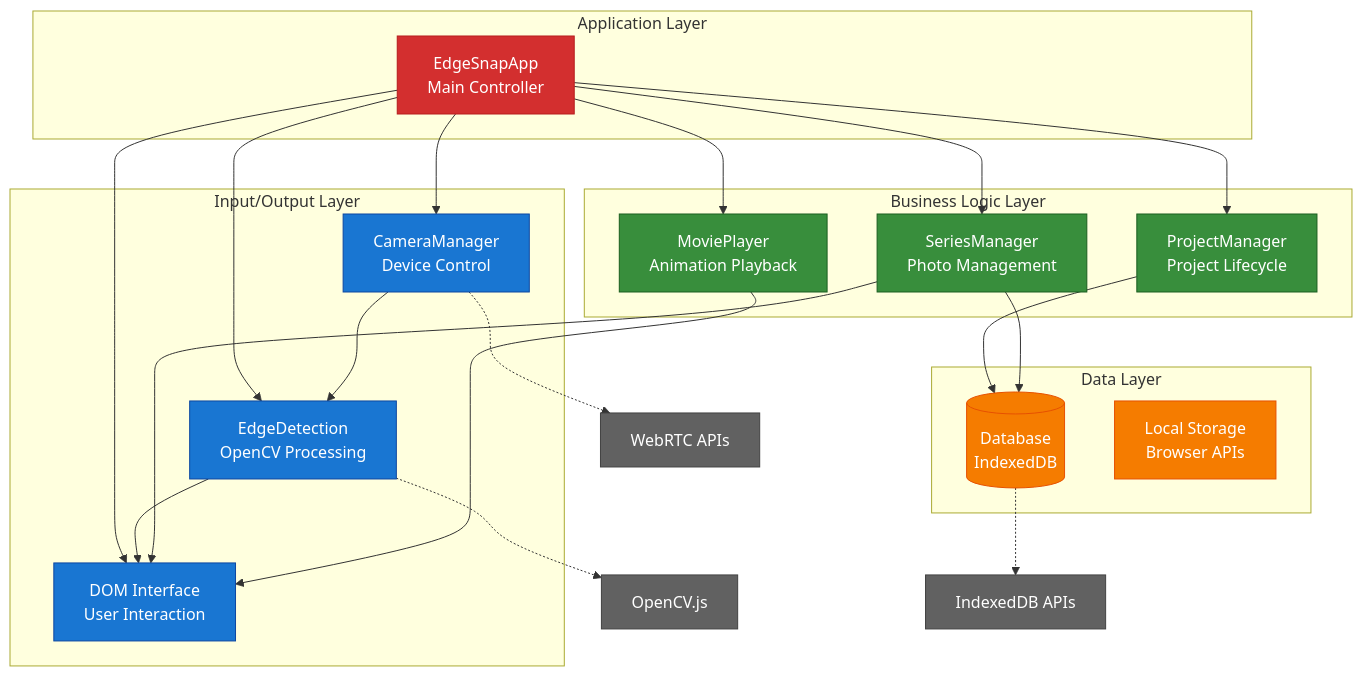
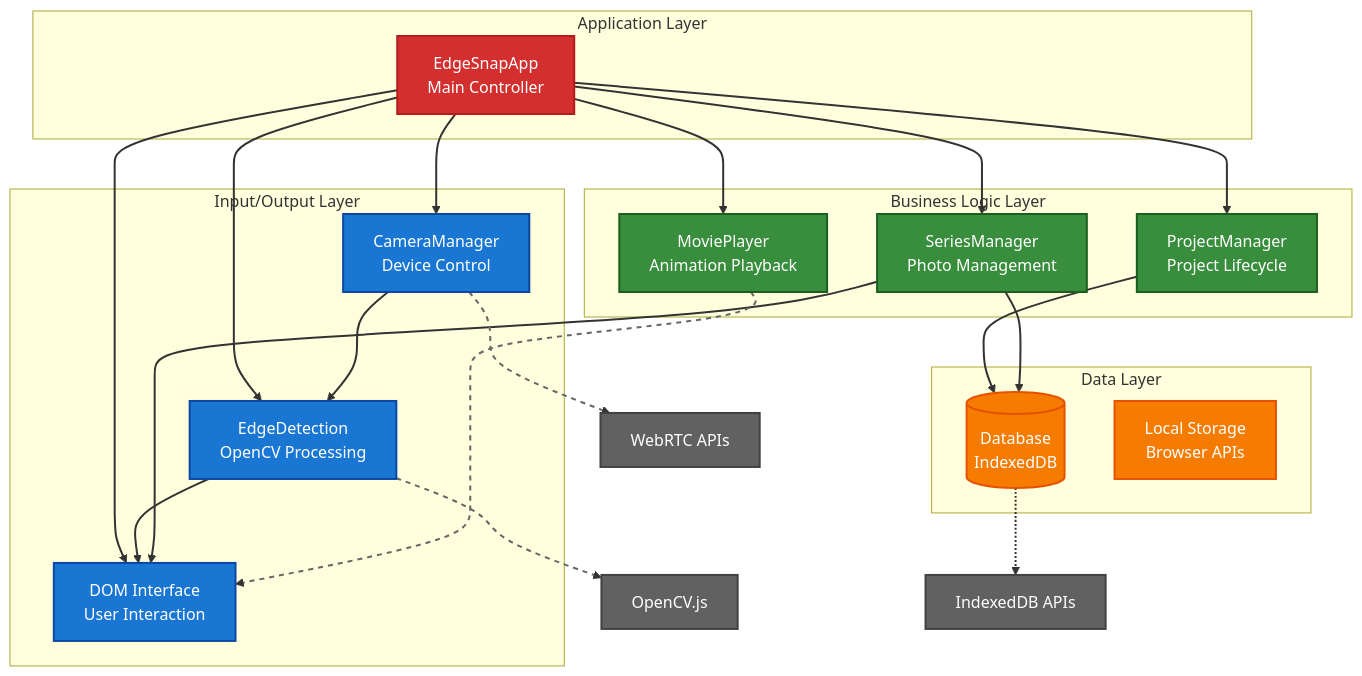
The first of 3 diagrams in docs/TECHNICAL_DOCUMENTATION.md (hamburger1984/edge-snap), drawn with Mermaid before and after one commit. The commit also changed other lines of this file, not shown here.

Commit message:
fix(docs): Improve arrow and stroke visibility in mermaid diagrams
- Add explicit linkStyle for arrows with 2px width and dark color (#333333)
- Increase stroke-width to 2px on all node borders for better definition
- Style dashed external dependency arrows with lighter color (#666666)
- Apply consistent arrow styling across Component Architecture and Data Flow diagrams
- Ensure arrows are clearly visible against subgraph backgrounds in all modes

````diff
--- a/docs/TECHNICAL_DOCUMENTATION.md
+++ b/docs/TECHNICAL_DOCUMENTATION.md
@@ -23,56 +23,73 @@
 ```mermaid
 graph TB
     subgraph "Application Layer"
         APP[EdgeSnapApp<br/>Main Controller]
     end
     
     subgraph "Input/Output Layer"
         CAM[CameraManager<br/>Device Control]
         ED[EdgeDetection<br/>OpenCV Processing]
         UI[DOM Interface<br/>User Interaction]
     end
     
     subgraph "Business Logic Layer"
         PM[ProjectManager<br/>Project Lifecycle]
         SM[SeriesManager<br/>Photo Management]
         MP[MoviePlayer<br/>Animation Playback]
     end
     
     subgraph "Data Layer"
         DB[(Database<br/>IndexedDB)]
         LS[Local Storage<br/>Browser APIs]
     end
     
     %% Dependencies
     APP --> CAM
     APP --> ED
     APP --> PM
     APP --> SM
     APP --> MP
     APP --> UI
     
     PM --> DB
     SM --> DB
     CAM --> ED
     ED --> UI
     SM --> UI
     MP --> UI
     
     %% External Dependencies
     ED -.-> OCV[OpenCV.js]
     CAM -.-> WEB[WebRTC APIs]
     DB -.-> IDB[IndexedDB APIs]
     
     %% Styling with proper contrast for dark/light mode
-    classDef app fill:#d32f2f,color:#ffffff,stroke:#b71c1c
-    classDef io fill:#1976d2,color:#ffffff,stroke:#0d47a1
-    classDef logic fill:#388e3c,color:#ffffff,stroke:#1b5e20
-    classDef data fill:#f57c00,color:#ffffff,stroke:#e65100
-    classDef external fill:#616161,color:#ffffff,stroke:#424242
+    classDef app fill:#d32f2f,color:#ffffff,stroke:#b71c1c,stroke-width:2px
+    classDef io fill:#1976d2,color:#ffffff,stroke:#0d47a1,stroke-width:2px
+    classDef logic fill:#388e3c,color:#ffffff,stroke:#1b5e20,stroke-width:2px
+    classDef data fill:#f57c00,color:#ffffff,stroke:#e65100,stroke-width:2px
+    classDef external fill:#616161,color:#ffffff,stroke:#424242,stroke-width:2px
     
     class APP app
     class CAM,ED,UI io
     class PM,SM,MP logic
     class DB,LS data
     class OCV,WEB,IDB external
+    
+    %% Link styling for better arrow visibility
+    linkStyle default stroke:#333333,stroke-width:2px,color:#333333
+    linkStyle 0 stroke:#333333,stroke-width:2px
+    linkStyle 1 stroke:#333333,stroke-width:2px
+    linkStyle 2 stroke:#333333,stroke-width:2px
+    linkStyle 3 stroke:#333333,stroke-width:2px
+    linkStyle 4 stroke:#333333,stroke-width:2px
+    linkStyle 5 stroke:#333333,stroke-width:2px
+    linkStyle 6 stroke:#333333,stroke-width:2px
+    linkStyle 7 stroke:#333333,stroke-width:2px
+    linkStyle 8 stroke:#333333,stroke-width:2px
+    linkStyle 9 stroke:#333333,stroke-width:2px
+    linkStyle 10 stroke:#333333,stroke-width:2px
+    linkStyle 11 stroke:#666666,stroke-width:2px,stroke-dasharray:5
+    linkStyle 12 stroke:#666666,stroke-width:2px,stroke-dasharray:5
+    linkStyle 13 stroke:#666666,stroke-width:2px,stroke-dasharray:5
 ```
````
